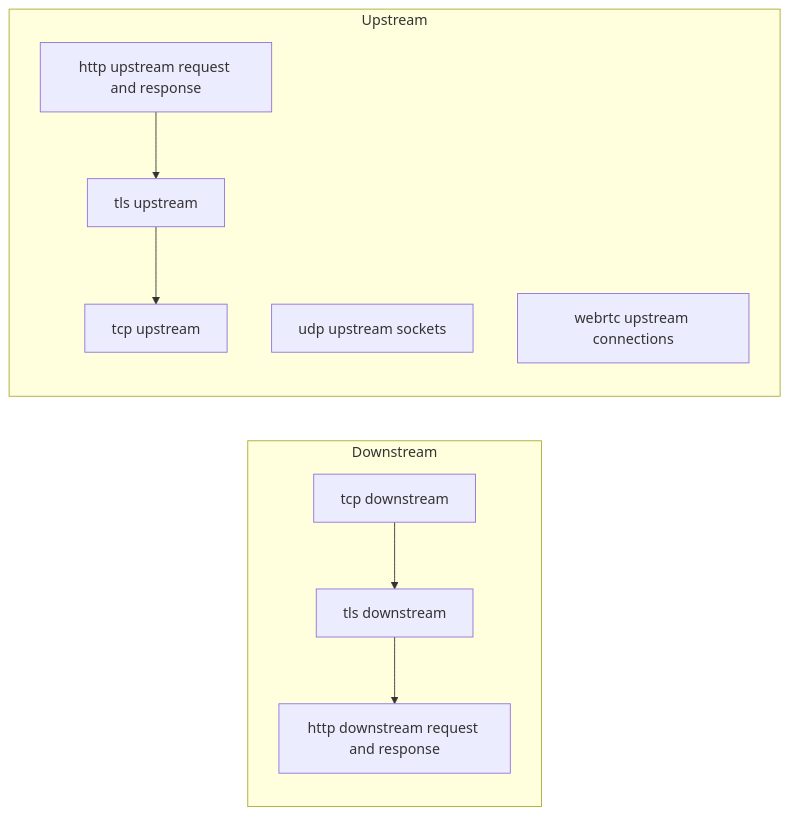
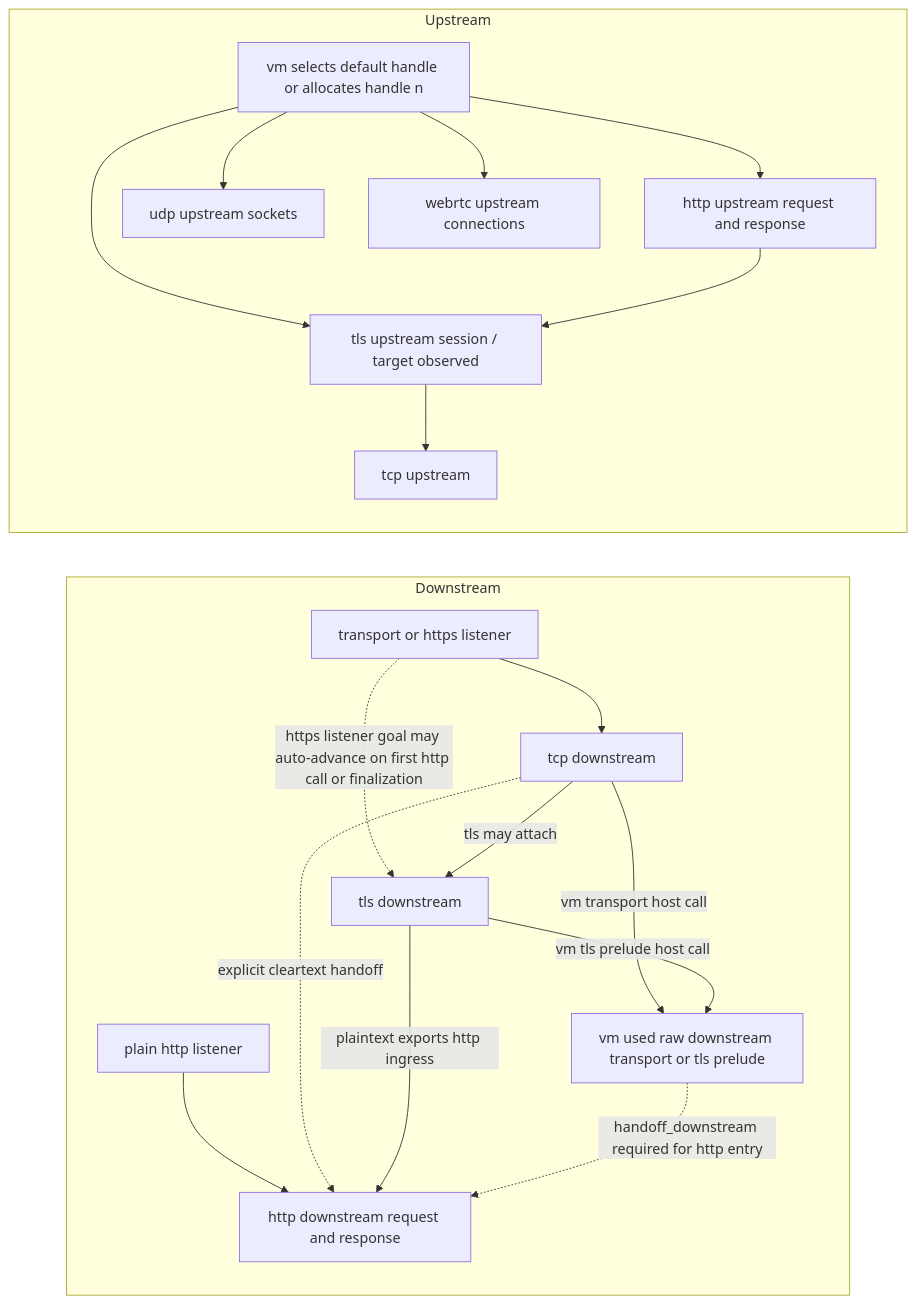
One commit to rustscript-lang/rustscript changed the seventh of 7 diagrams in pd-edge/README.md. Above: the diagram before and after it, drawn with Mermaid. The commit also changed other lines of this file and 2 other files, not shown here.

Commit message:
pd-edge: codex: update downstream and upstream DAG docs

````diff
--- a/pd-edge/README.md
+++ b/pd-edge/README.md
@@ -657,18 +666,34 @@
 ```mermaid
 flowchart LR
     subgraph Downstream["Downstream"]
-        D1["tcp downstream"]
-        D2["tls downstream"]
-        D3["http downstream request and response"]
-        D1 --> D2 --> D3
+        D0["plain http listener"]
+        D1["transport or https listener"]
+        D2["tcp downstream"]
+        D3["vm used raw downstream transport or tls prelude"]
+        D4["tls downstream"]
+        D5["http downstream request and response"]
+        D0 --> D5
+        D1 --> D2
+        D1 -. https listener goal may auto-advance on first http call or finalization .-> D4
+        D2 -->|tls may attach| D4
+        D2 -. explicit cleartext handoff .-> D5
+        D2 -->|vm transport host call| D3
+        D4 -->|plaintext exports http ingress| D5
+        D4 -->|vm tls prelude host call| D3
+        D3 -. handoff_downstream required for http entry .-> D5
     end
 
     subgraph Upstream["Upstream"]
+        U0["vm selects default handle or allocates handle n"]
         U3["http upstream request and response"]
-        U2["tls upstream"]
+        U2["tls upstream session / target observed"]
         U1["tcp upstream"]
         UU["udp upstream sockets"]
         UW["webrtc upstream connections"]
+        U0 --> U3
+        U0 --> U2
+        U0 --> UU
+        U0 --> UW
         U3 --> U2 --> U1
     end
 ```
````
